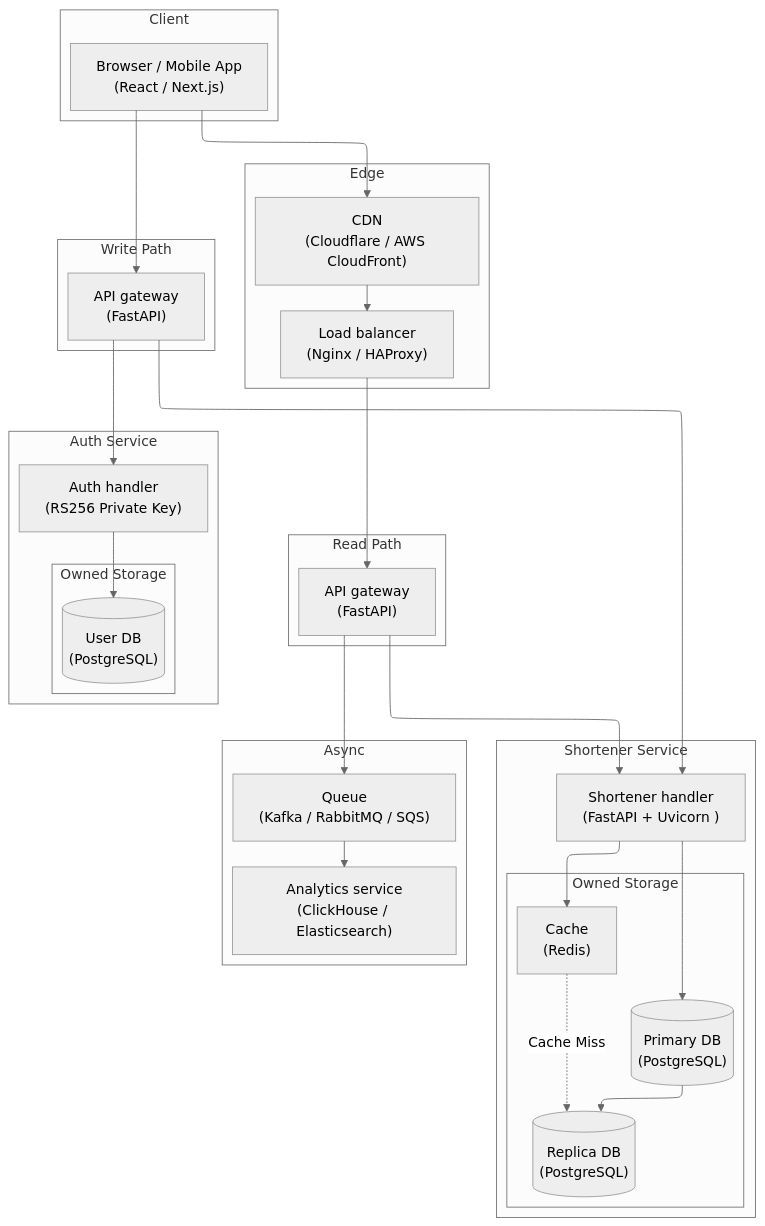
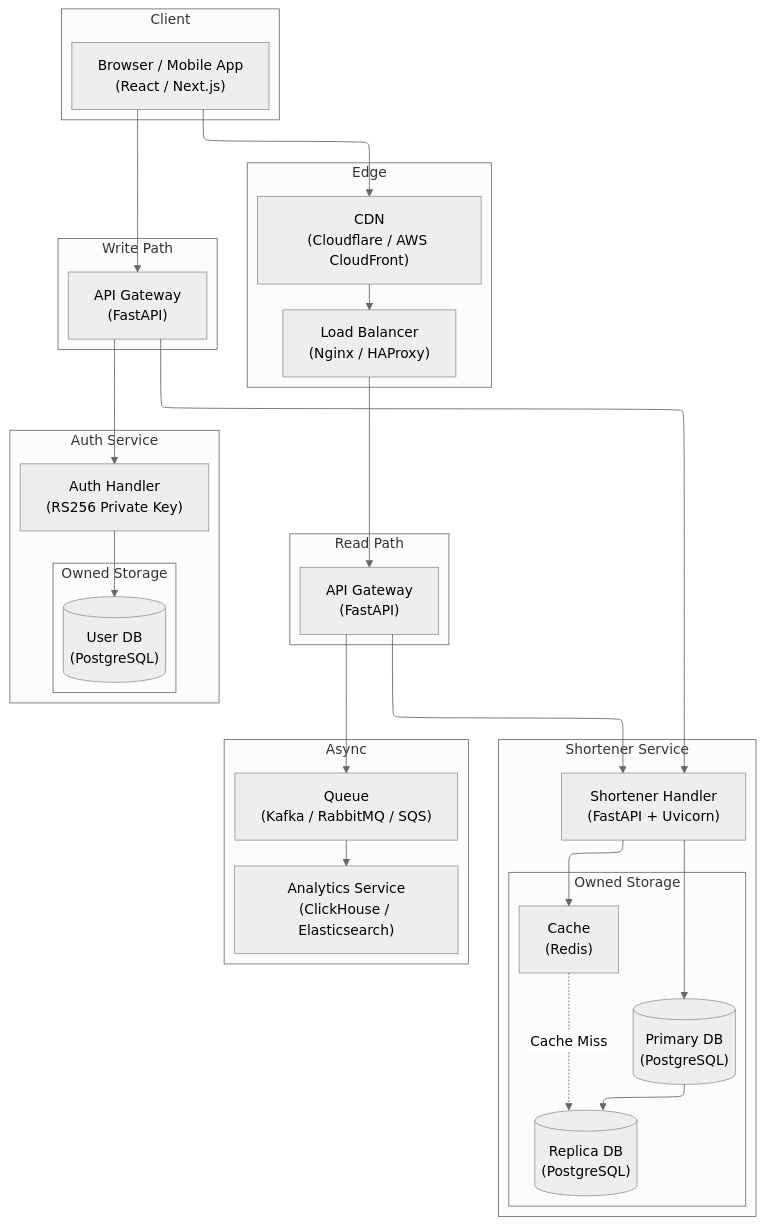
The second of 3 diagrams in README.md (boycececil666gmailcom/Microservice-Auth-Platform), drawn with Mermaid before and after one commit. The commit also changed other lines of this file, not shown here.

Commit message:
docs: overhaul README with enterprise architecture details, visual badges, and repository structure documentation

````diff
--- a/README.md
+++ b/README.md
@@ -38,66 +66,66 @@
 ```mermaid
 ---
 config:
   layout: elk
   theme: neutral
 ---
 flowchart TB
 
     subgraph Client
         User["Browser / Mobile App<br/>(React / Next.js)"]
     end
 
     subgraph Edge
         CDN["CDN<br/>(Cloudflare / AWS CloudFront)"]
-        LB["Load balancer<br/>(Nginx / HAProxy)"]
+        LB["Load Balancer<br/>(Nginx / HAProxy)"]
     end
 
     subgraph WritePath["Write Path"]
-        APIGW["API gateway<br/>(FastAPI)"]
+        APIGW["API Gateway<br/>(FastAPI)"]
     end
 
     subgraph ReadPath["Read Path"]
-        Redirect["API gateway<br/>(FastAPI)"]
+        Redirect["API Gateway<br/>(FastAPI)"]
     end
 
     subgraph AuthSvc["Auth Service"]
-        Auth["Auth handler<br/>(RS256 Private Key)"]
+        Auth["Auth Handler<br/>(RS256 Private Key)"]
         subgraph AuthDB["Owned Storage"]
             UserDB[("User DB<br/>(PostgreSQL)")]
         end
     end
 
     subgraph ShortenerSvc["Shortener Service"]
-        Shortener["Shortener handler<br/>(FastAPI + Uvicorn )"]
+        Shortener["Shortener Handler<br/>(FastAPI + Uvicorn)"]
         subgraph ShortenerDB["Owned Storage"]
             Redis["Cache<br/>(Redis)"]
             Primary[("Primary DB<br/>(PostgreSQL)")]
             Replica[("Replica DB<br/>(PostgreSQL)")]
         end
     end
 
     subgraph Async
         Queue["Queue<br/>(Kafka / RabbitMQ / SQS)"]
-        Analytics["Analytics service<br/>(ClickHouse / Elasticsearch)"]
+        Analytics["Analytics Service<br/>(ClickHouse / Elasticsearch)"]
     end
 
     User --> APIGW
     APIGW --> Auth
     APIGW --> Shortener
 
     Auth --> UserDB
 
     Shortener --> Redis
     Shortener --> Primary
     Primary --> Replica
     Redis -. Cache Miss .-> Replica
 
     User --> CDN
     CDN --> LB
     LB --> Redirect
 
     Redirect --> Shortener
 
     Redirect --> Queue
     Queue --> Analytics
 ```
````
